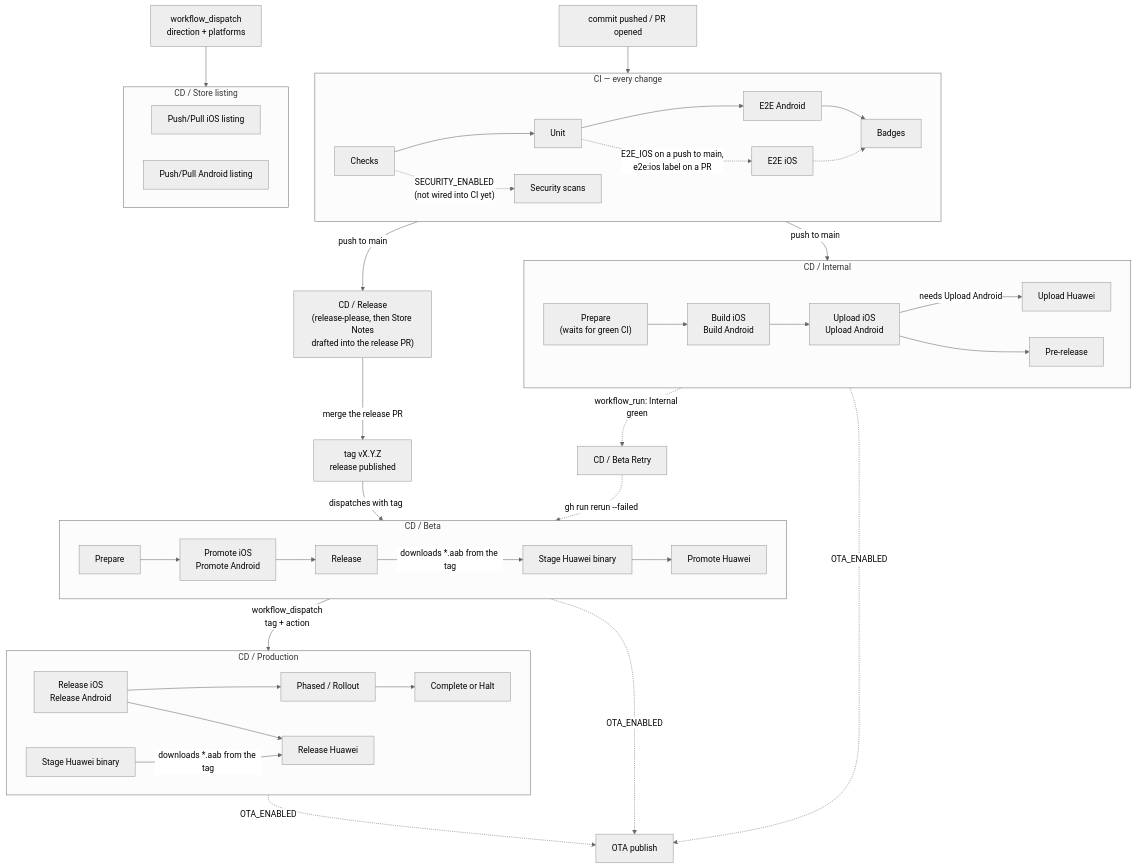
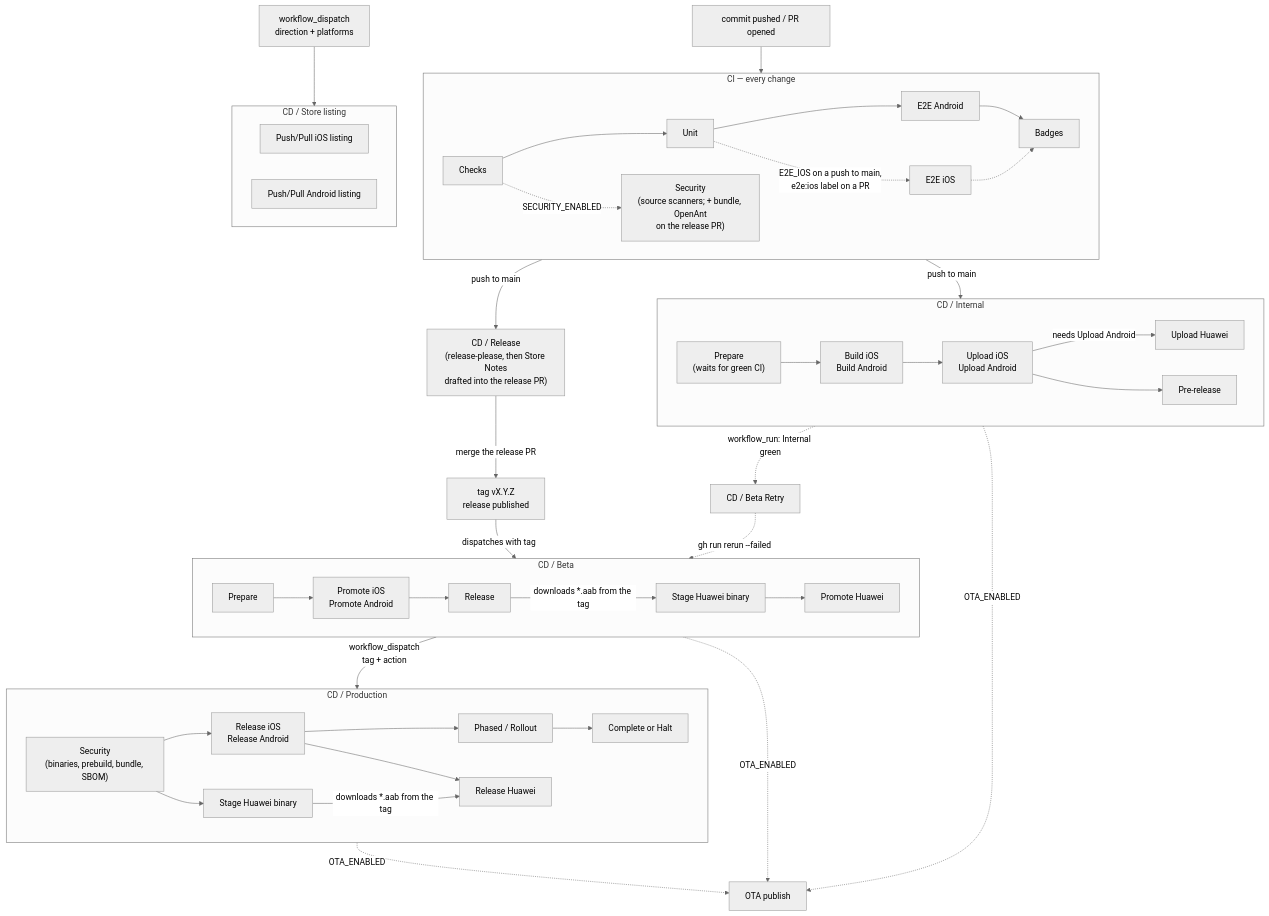
The diagram in docs/ci.md (blinkbitcoin/react-native-mobile-template), drawn with Mermaid (neutral theme) before and after one commit. The commit also changed other lines of this file and 10 other files, not shown here.

````diff
--- a/docs/ci.md
+++ b/docs/ci.md
@@ -23,56 +23,57 @@
 ```mermaid
 flowchart TD
   commit["commit pushed / PR opened"] --> CI
 
   subgraph CI["CI — every change"]
     direction LR
     checks["Checks"] --> unit["Unit"] --> e2e["E2E Android"] --> badges["Badges"]
     unit -.->|"E2E_IOS on a push to main,<br/>e2e:ios label on a PR"| e2eios["E2E iOS"] -.-> badges
-    checks -.->|"SECURITY_ENABLED<br/>(not wired into CI yet)"| sec["Security scans"]
+    checks -.->|"SECURITY_ENABLED"| sec["Security<br/>(source scanners; + bundle, OpenAnt<br/>on the release PR)"]
   end
 
   CI -->|"push to main"| rp["CD / Release<br/>(release-please, then Store Notes<br/>drafted into the release PR)"]
   CI -->|"push to main"| internal
 
   subgraph internal["CD / Internal"]
     direction LR
     prep["Prepare<br/>(waits for green CI)"] --> builds["Build iOS<br/>Build Android"]
     builds --> up["Upload iOS<br/>Upload Android"]
     up -->|"needs Upload Android"| uphuawei["Upload Huawei"]
     up --> pre["Pre-release"]
   end
 
   rp -->|"merge the release PR"| tag["tag vX.Y.Z<br/>release published"]
   tag -->|"dispatches with tag"| beta
 
   subgraph beta["CD / Beta"]
     direction LR
     bprep["Prepare"] --> promote["Promote iOS<br/>Promote Android"] --> brel["Release"]
     brel -->|"downloads *.aab from the tag"| bbin["Stage Huawei binary"]
     bbin --> bhuawei["Promote Huawei"]
   end
 
   internal -.->|"workflow_run: Internal green"| retry["CD / Beta Retry"]
   retry -.->|"gh run rerun --failed"| beta
 
   beta -->|"workflow_dispatch<br/>tag + action"| prod
 
   subgraph prod["CD / Production"]
     direction LR
-    rel["Release iOS<br/>Release Android"] --> roll["Phased / Rollout"] --> done["Complete or Halt"]
-    pbin["Stage Huawei binary"] -->|"downloads *.aab from the tag"| phuawei["Release Huawei"]
+    psec["Security<br/>(binaries, prebuild, bundle, SBOM)"] --> rel["Release iOS<br/>Release Android"] --> roll["Phased / Rollout"] --> done["Complete or Halt"]
+    psec --> pbin["Stage Huawei binary"]
+    pbin -->|"downloads *.aab from the tag"| phuawei["Release Huawei"]
     rel --> phuawei
   end
 
   listing["workflow_dispatch<br/>direction + platforms"] --> sm
 
   subgraph sm["CD / Store listing"]
     direction LR
     smios["Push/Pull iOS listing"]
     smandroid["Push/Pull Android listing"]
   end
 
   pre -.->|"OTA_ENABLED"| ota["OTA publish"]
   brel -.->|"OTA_ENABLED"| ota
   prod -.->|"OTA_ENABLED"| ota
 ```
````
